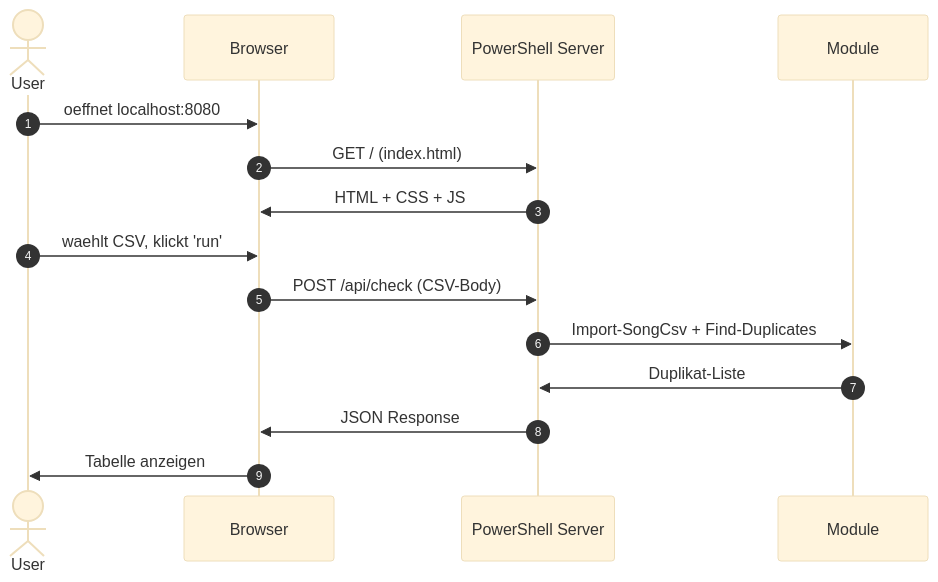
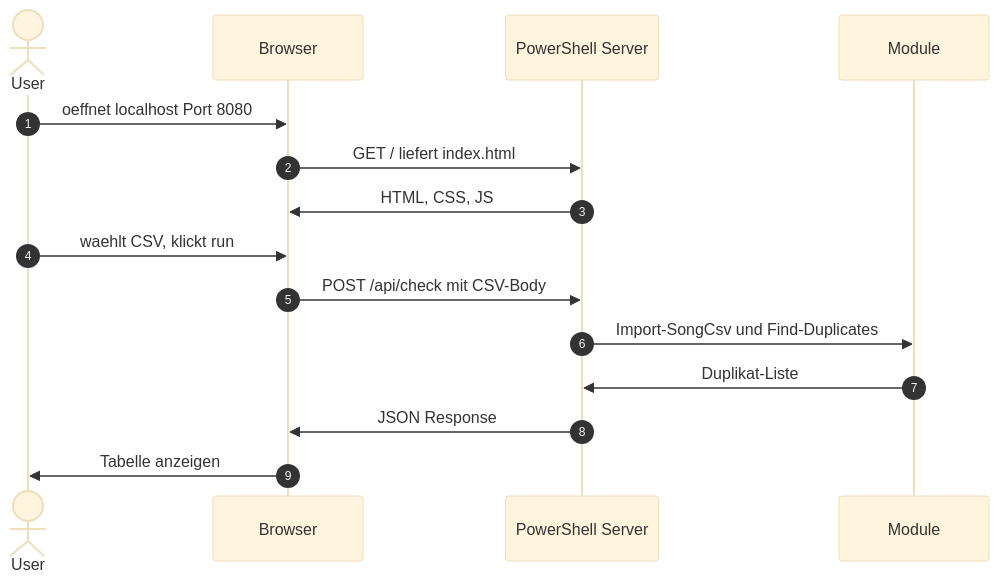
The sixth of 6 diagrams in anhang/flowchart.md (leandrosab/spotify-dup), drawn with Mermaid (base theme) before and after one commit. The commit also changed other lines of this file, not shown here.

Commit message:
Flowchart V.3

````diff
--- a/anhang/flowchart.md
+++ b/anhang/flowchart.md
@@ -150,18 +150,18 @@
 ```mermaid
 sequenceDiagram
     autonumber
     actor User
     participant Browser
     participant Server as PowerShell Server
     participant Mod as Module
 
-    User->>Browser: oeffnet localhost:8080
-    Browser->>Server: GET / (index.html)
-    Server->>Browser: HTML + CSS + JS
-    User->>Browser: waehlt CSV, klickt 'run'
-    Browser->>Server: POST /api/check (CSV-Body)
-    Server->>Mod: Import-SongCsv + Find-Duplicates
+    User->>Browser: oeffnet localhost Port 8080
+    Browser->>Server: GET / liefert index.html
+    Server->>Browser: HTML, CSS, JS
+    User->>Browser: waehlt CSV, klickt run
+    Browser->>Server: POST /api/check mit CSV-Body
+    Server->>Mod: Import-SongCsv und Find-Duplicates
     Mod->>Server: Duplikat-Liste
     Server->>Browser: JSON Response
     Browser->>User: Tabelle anzeigen
 ```
````
